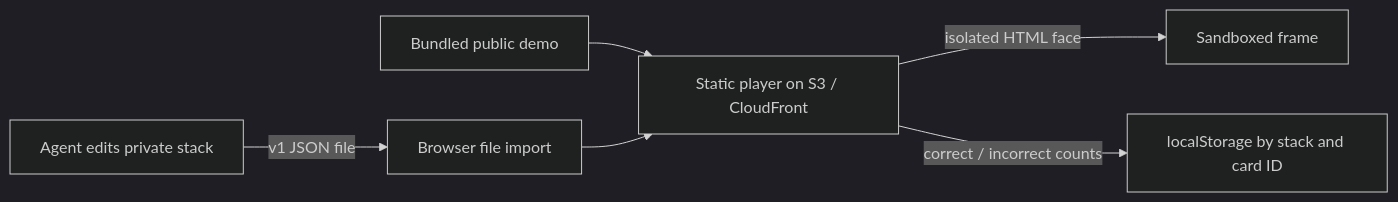
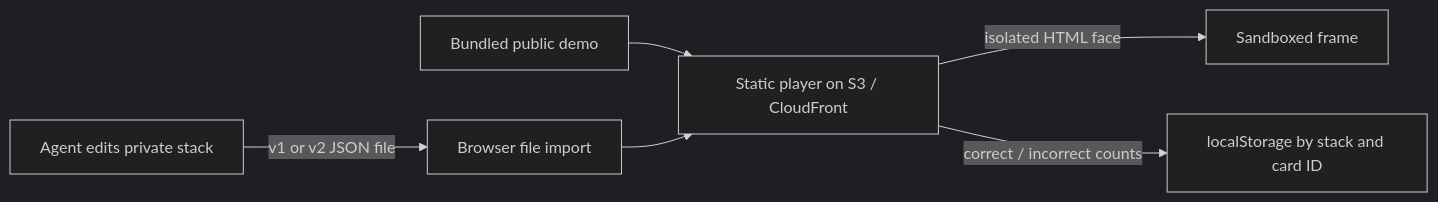
Before and after one commit to Token-Smelter/goodvibes.flashcards: the diagram in README.md, drawn with Mermaid (dark theme). The commit also changed other lines of this file and 12 other files, not shown here.

````diff
--- a/README.md
+++ b/README.md
@@ -5,8 +5,8 @@
 ```mermaid
 flowchart LR
-  Agent["Agent edits private stack"] -->|v1 JSON file| Import["Browser file import"]
+  Agent["Agent edits private stack"] -->|v1 or v2 JSON file| Import["Browser file import"]
   Demo["Bundled public demo"] --> Player["Static player on S3 / CloudFront"]
   Import --> Player
   Player -->|isolated HTML face| Frame["Sandboxed frame"]
   Player -->|correct / incorrect counts| Storage["localStorage by stack and card ID"]
 ```
````
